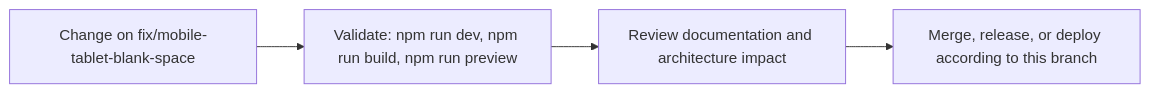
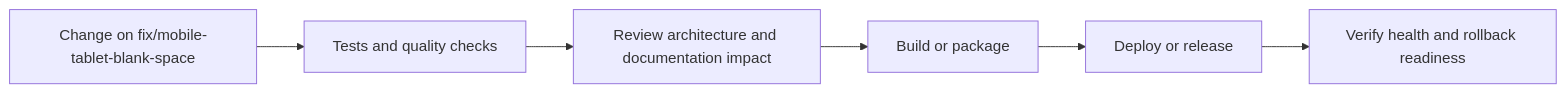
Before and after one commit to Nischhalsubba/nischhalsubba.com.np: the seventh of 8 diagrams in README.md, drawn with Mermaid. The commit also changed other lines of this file, not shown here.

````diff
--- a/README.md
+++ b/README.md
@@ -86,8 +216,8 @@
 ```mermaid
 flowchart LR
-    CHANGE["Change on fix/mobile-tablet-blank-space"]
-    CHECK["Validate: npm run dev, npm run build, npm run preview"]
-    REVIEW["Review documentation and architecture impact"]
-    RELEASE["Merge, release, or deploy according to this branch"]
-    CHANGE --> CHECK --> REVIEW --> RELEASE
+    CHANGE["Change on fix/mobile-tablet-blank-space"] --> CHECK["Tests and quality checks"]
+    CHECK --> REVIEW["Review architecture and documentation impact"]
+    REVIEW --> BUILD["Build or package"]
+    BUILD --> DEPLOY["Deploy or release"]
+    DEPLOY --> VERIFY["Verify health and rollback readiness"]
 ```
````
